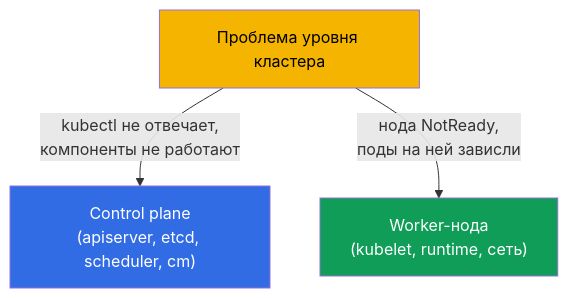
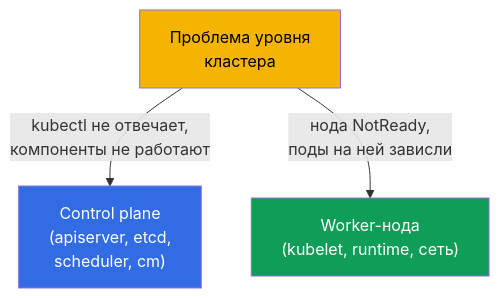
The first of 6 diagrams in tasks/cka/course/45/ru.md (ViktorUJ/cks), drawn with Mermaid before and after one commit. The commit also changed other lines of this file and 30 other files, not shown here.

````diff
--- a/tasks/cka/course/45/ru.md
+++ b/tasks/cka/course/45/ru.md
@@ -15,9 +15,9 @@
 ```mermaid
 flowchart TB
-    q["Проблема уровня кластера"]
-    q -->|"kubectl не отвечает,<br>компоненты не работают"| cp["Control plane<br>(apiserver, etcd, scheduler, cm)"]
+    q["Проблема уровня<br>кластера"]
+    q -->|"kubectl не отвечает,<br>компоненты не работают"| cp["Control plane<br>(apiserver, etcd,<br>scheduler, cm)"]
     q -->|"нода NotReady,<br>поды на ней зависли"| node["Worker-нода<br>(kubelet, runtime, сеть)"]
     style q fill:#f4b400,color:#000
     style cp fill:#326ce5,color:#fff
     style node fill:#0f9d58,color:#fff
 ```
````
